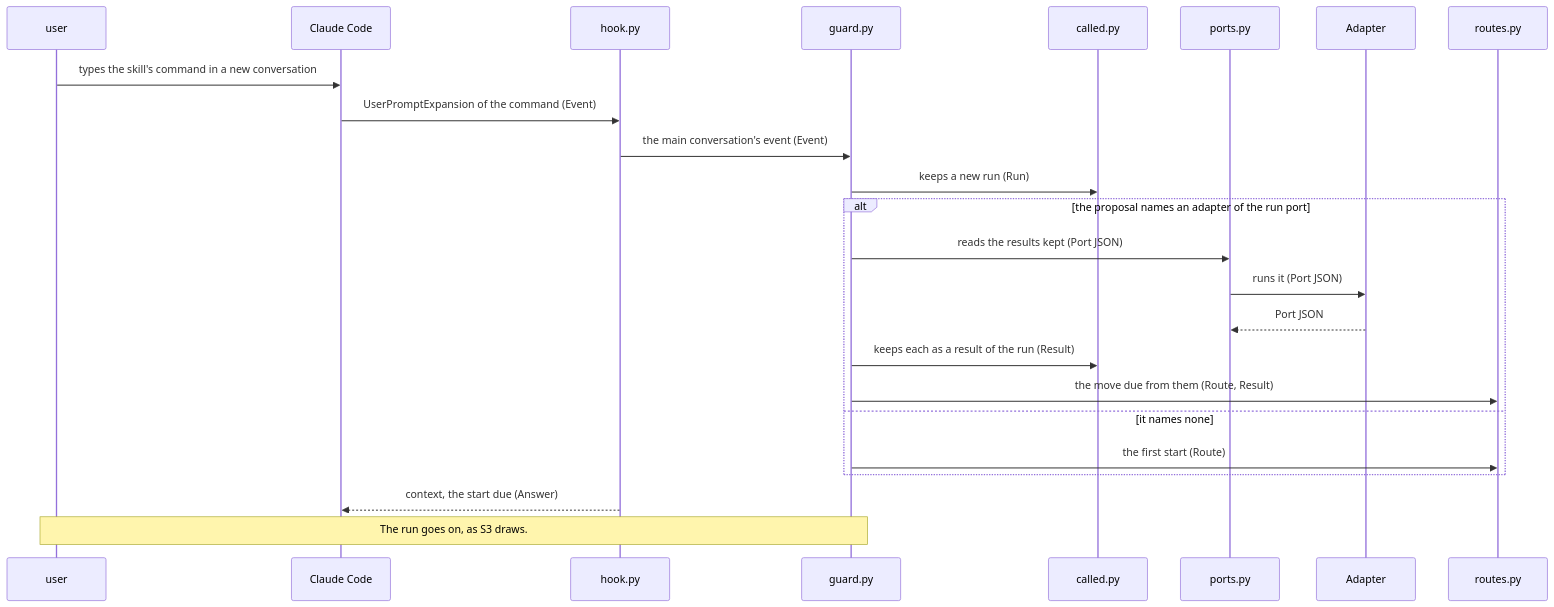
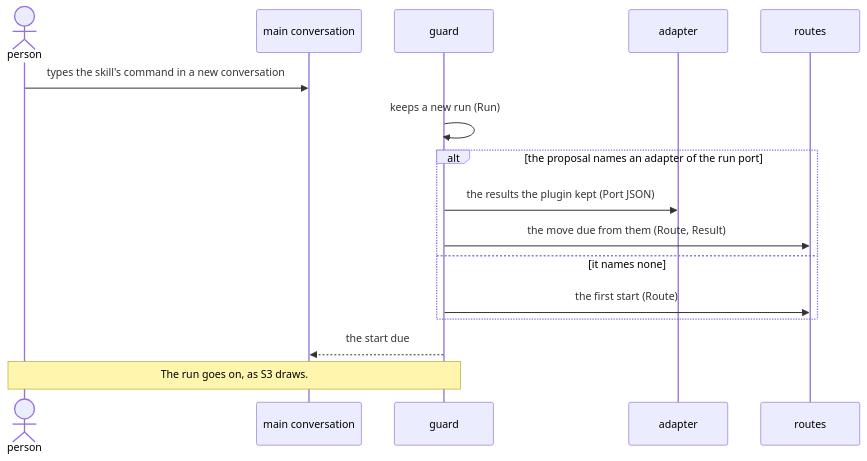
The sixth of 7 diagrams in dev/lane/architecture.md (lovaizu/ccpm), drawn with Mermaid before and after one commit. The commit also changed other lines of this file and 2 other files, not shown here.

````diff
--- a/dev/lane/architecture.md
+++ b/dev/lane/architecture.md
@@ -735,26 +294,18 @@
 ```mermaid
 sequenceDiagram
-  participant U as user
-  participant CC as Claude Code
-  participant H as hook.py
-  participant G as guard.py
-  participant C as called.py
-  participant PO as ports.py
-  participant AD as Adapter
-  participant RT as routes.py
-  U->>CC: types the skill's command in a new conversation
-  CC->>H: UserPromptExpansion of the command (Event)
-  H->>G: the main conversation's event (Event)
-  G->>C: keeps a new run (Run)
+  actor P as person
+  participant M as main conversation
+  participant G as guard
+  participant AD as adapter
+  participant RT as routes
+  P->>M: types the skill's command in a new conversation
+  G->>G: keeps a new run (Run)
   alt the proposal names an adapter of the run port
-    G->>PO: reads the results kept (Port JSON)
-    PO->>AD: runs it (Port JSON)
-    AD-->>PO: Port JSON
-    G->>C: keeps each as a result of the run (Result)
+    G->>AD: the results the plugin kept (Port JSON)
     G->>RT: the move due from them (Route, Result)
   else it names none
     G->>RT: the first start (Route)
   end
-  H-->>CC: context, the start due (Answer)
-  Note over U,G: The run goes on, as S3 draws.
+  G-->>M: the start due
+  Note over P,G: The run goes on, as S3 draws.
 ```
````
